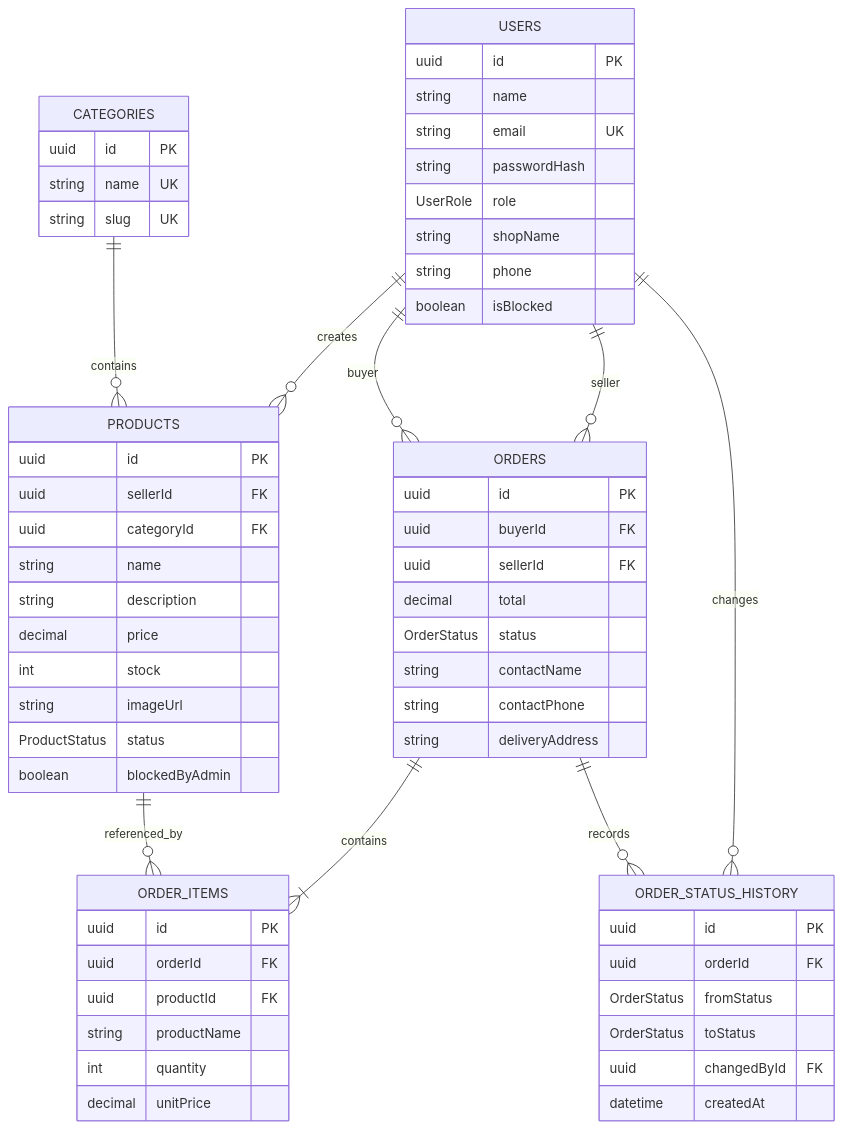
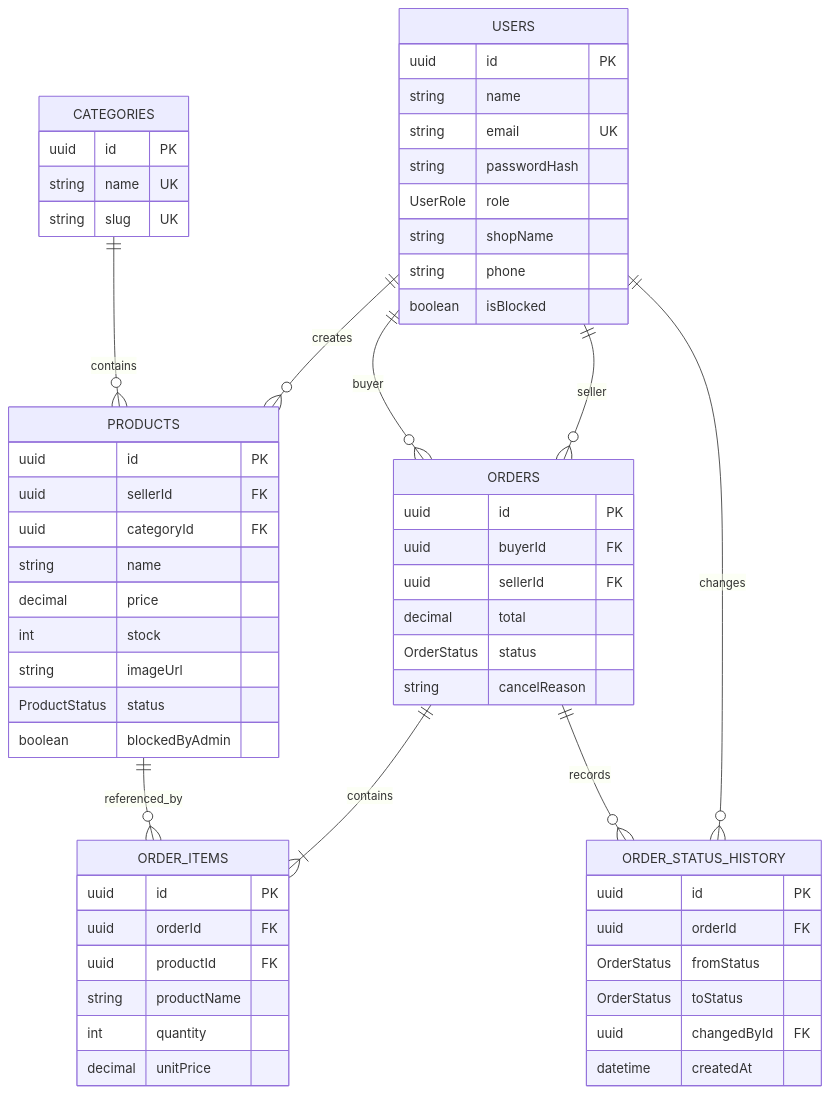
The diagram in docs/architecture.md (aquagwap1/HANDCRAFT), drawn with Mermaid before and after one commit. The commit also changed other lines of this file, not shown here.

````diff
--- a/docs/architecture.md
+++ b/docs/architecture.md
@@ -281,65 +480,62 @@
-```mermaid
+``` mermaid
 erDiagram
     USERS ||--o{ PRODUCTS : creates
     CATEGORIES ||--o{ PRODUCTS : contains
     USERS ||--o{ ORDERS : buyer
     USERS ||--o{ ORDERS : seller
     ORDERS ||--|{ ORDER_ITEMS : contains
     PRODUCTS ||--o{ ORDER_ITEMS : referenced_by
     ORDERS ||--o{ ORDER_STATUS_HISTORY : records
     USERS ||--o{ ORDER_STATUS_HISTORY : changes
 
     USERS {
         uuid id PK
         string name
         string email UK
         string passwordHash
         UserRole role
         string shopName
         string phone
         boolean isBlocked
     }
     CATEGORIES {
         uuid id PK
         string name UK
         string slug UK
     }
     PRODUCTS {
         uuid id PK
         uuid sellerId FK
         uuid categoryId FK
         string name
-        string description
         decimal price
         int stock
         string imageUrl
         ProductStatus status
         boolean blockedByAdmin
     }
     ORDERS {
         uuid id PK
         uuid buyerId FK
         uuid sellerId FK
         decimal total
         OrderStatus status
-        string contactName
-        string contactPhone
-        string deliveryAddress
+        string cancelReason
     }
     ORDER_ITEMS {
         uuid id PK
         uuid orderId FK
         uuid productId FK
         string productName
         int quantity
         decimal unitPrice
     }
     ORDER_STATUS_HISTORY {
         uuid id PK
         uuid orderId FK
         OrderStatus fromStatus
         OrderStatus toStatus
         uuid changedById FK
         datetime createdAt
     }
 ```
````
